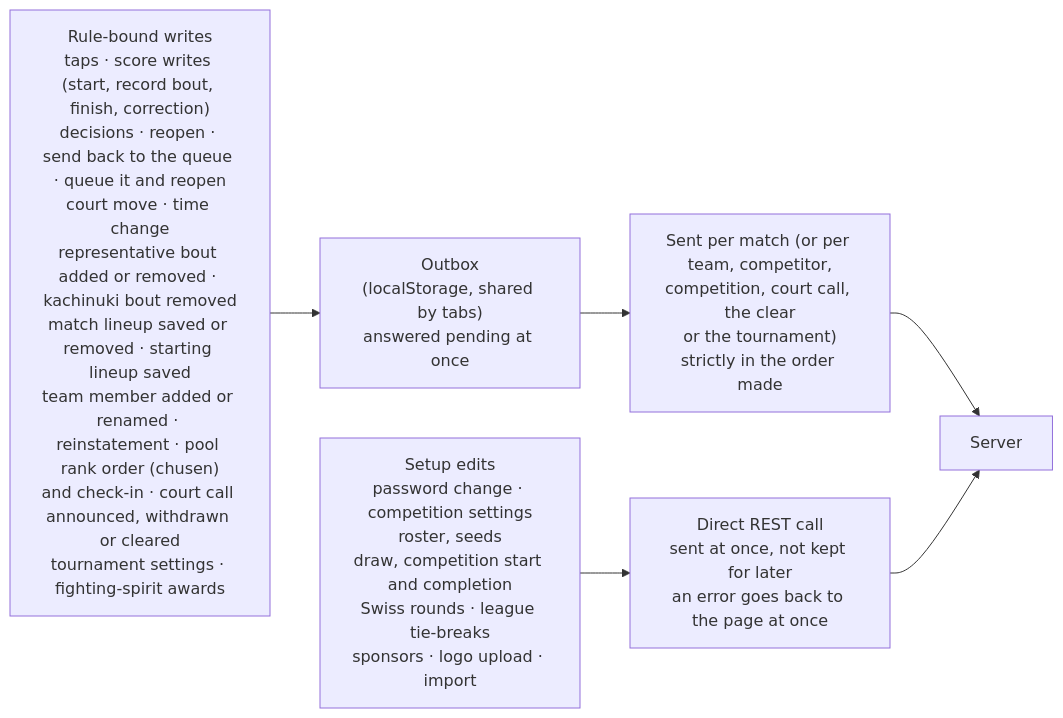
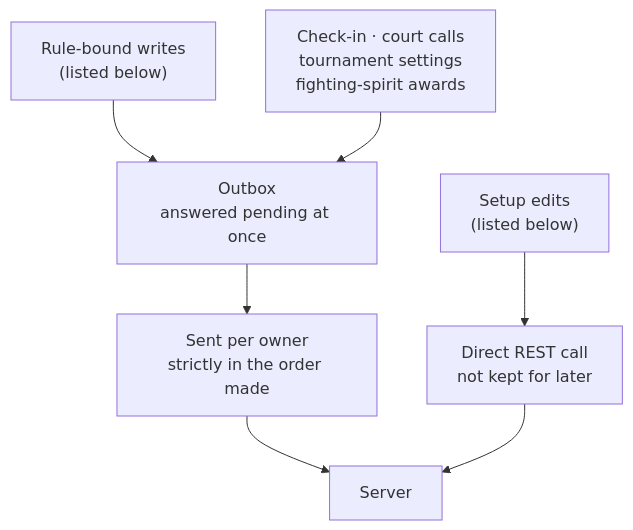
Before and after one commit to gitrgoliveira/bracket-creator: the seventh of 9 diagrams in docs/architecture/network-architecture.md, drawn with Mermaid. The commit also changed other lines of this file and 49 other files, not shown here.

First line of the commit message:
fix(bc-arch): one transaction for participant edits; WAL stale-log guard; architecture docs

````diff
--- a/docs/architecture/network-architecture.md
+++ b/docs/architecture/network-architecture.md
@@ -217,10 +308,9 @@
 ```mermaid
-flowchart LR
-    rule["Rule-bound writes<br/>taps · score writes (start, record bout, finish, correction)<br/>decisions · reopen · send back to the queue · queue it and reopen<br/>court move · time change<br/>representative bout added or removed · kachinuki bout removed<br/>match lineup saved or removed · starting lineup saved<br/>team member added or renamed · reinstatement · pool rank order (chusen)<br/>and check-in · court call announced, withdrawn or cleared<br/>tournament settings · fighting-spirit awards"]
-    rule --> ob["Outbox<br/>(localStorage, shared by tabs)<br/>answered pending at once"]
-    ob --> order["Sent per match (or per team, competitor,<br/>competition, court call, the clear<br/>or the tournament)<br/>strictly in the order made"]
+flowchart TB
+    rule["Rule-bound writes<br/>(listed below)"] --> ob["Outbox<br/>answered pending at once"]
+    other["Check-in · court calls<br/>tournament settings<br/>fighting-spirit awards"] --> ob
+    ob --> order["Sent per owner<br/>strictly in the order made"]
     order --> srv["Server"]
-    setup["Setup edits<br/>password change · competition settings<br/>roster, seeds<br/>draw, competition start and completion<br/>Swiss rounds · league tie-breaks<br/>sponsors · logo upload · import"]
-    setup --> direct["Direct REST call<br/>sent at once, not kept for later<br/>an error goes back to the page at once"]
+    setup["Setup edits<br/>(listed below)"] --> direct["Direct REST call<br/>not kept for later"]
     direct --> srv
 ```
````
